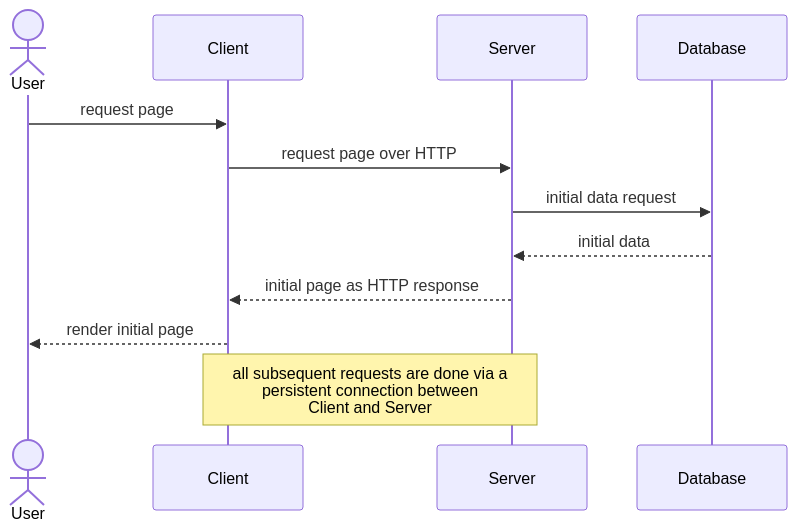
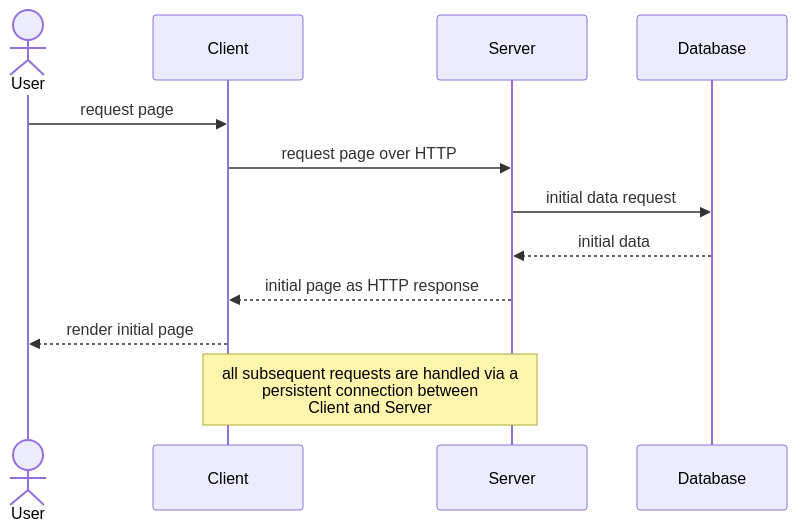
One commit to woojiahao/practical-elixir changed the first of 2 diagrams in web-development-with-elixir/adding-dynamic-behavior.md. Above: the diagram before and after it, drawn with Mermaid. The commit also changed other lines of this file, not shown here.

````diff
--- a/web-development-with-elixir/adding-dynamic-behavior.md
+++ b/web-development-with-elixir/adding-dynamic-behavior.md
@@ -38,14 +38,14 @@
 ```mermaid
 sequenceDiagram
   actor User
   participant Client
   participant Server
   participant Database
   User ->> Client : request page
   Client ->> Server : request page over HTTP
   Server ->> Database : initial data request
   Database -->> Server : initial data
   Server -->> Client : initial page as HTTP response
   Client -->> User : render initial page
-  note over Client,Server : all subsequent requests are done via a<br/>persistent connection between<br/>Client and Server 
+  note over Client,Server : all subsequent requests are handled via a<br/>persistent connection between<br/>Client and Server 
 ```
````
